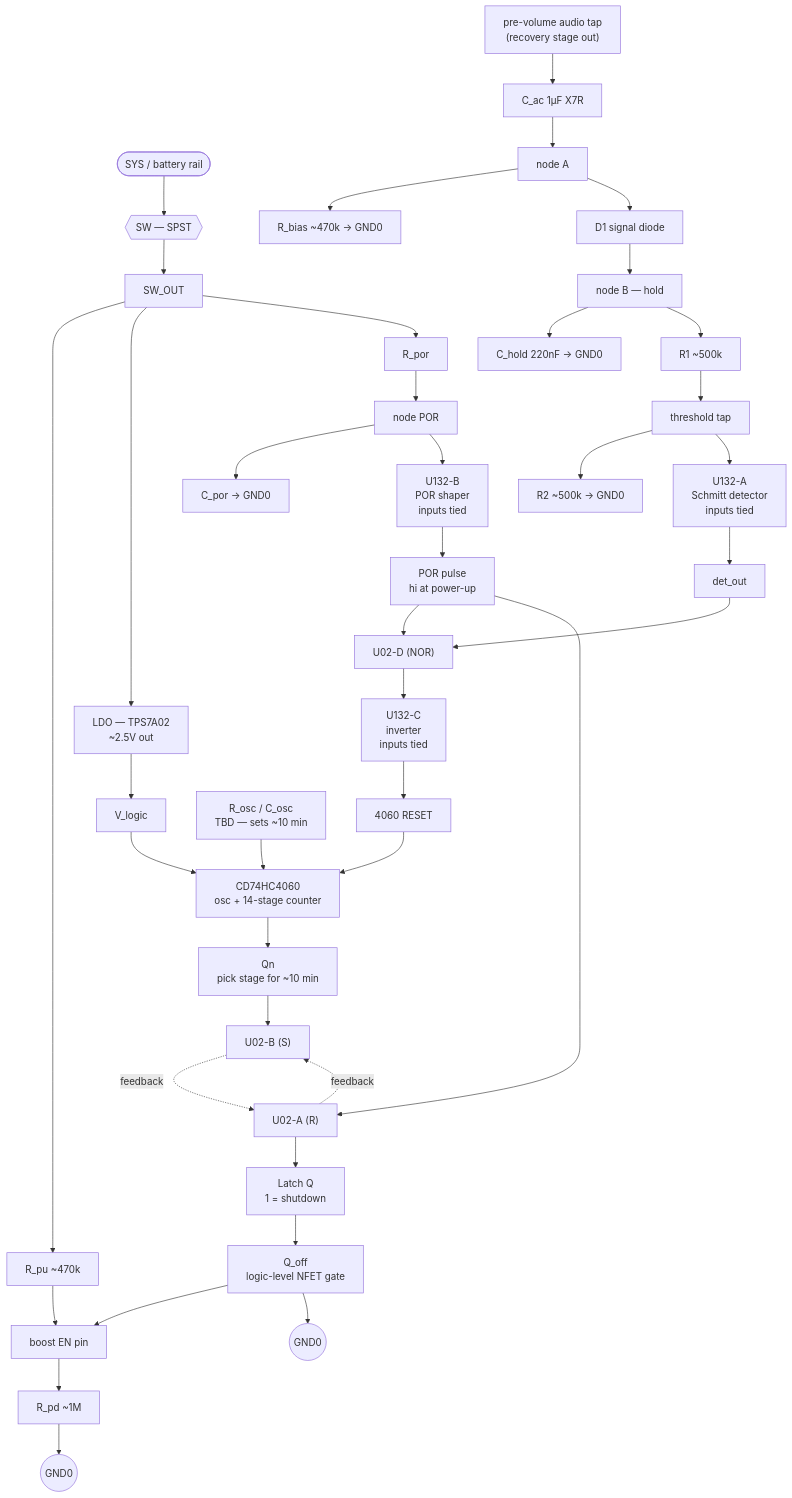
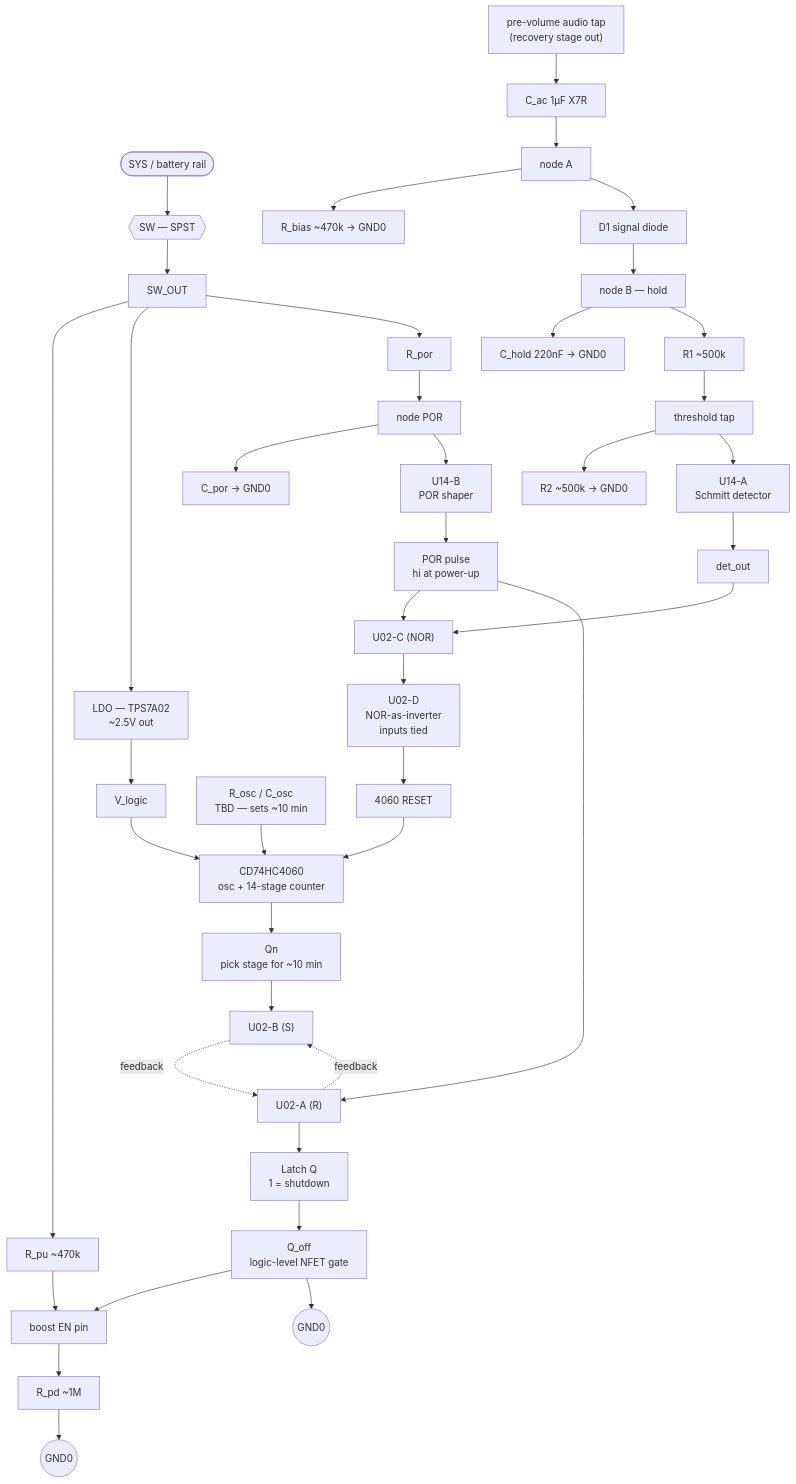
One commit to DSeabra/headphone_amp changed the third of 3 diagrams in notes/Guitar Headphone Amp/Guitar-Headphone-Amp-Theory-of-Operation.md. Above: the diagram before and after it, drawn with Mermaid. The commit also changed other lines of this file and 6 other files, not shown here.

````diff
--- a/notes/Guitar Headphone Amp/Guitar-Headphone-Amp-Theory-of-Operation.md
+++ b/notes/Guitar Headphone Amp/Guitar-Headphone-Amp-Theory-of-Operation.md
@@ -280,52 +286,52 @@
 ```mermaid
 flowchart TB
     SYS(["SYS / battery rail"]) --> SW{{"SW — SPST"}}
     SW --> SWOUT["SW_OUT"]
 
     SWOUT --> RPU["R_pu ~470k"]
     RPU --> EN["boost EN pin"]
     EN --> RPD["R_pd ~1M"]
     RPD --> GND1(("GND0"))
 
     SWOUT --> LDO["LDO — TPS7A02<br/>~2.5V out"]
     LDO --> VLOGIC["V_logic"]
 
     TAP["pre-volume audio tap<br/>(recovery stage out)"] --> CAC["C_ac 1µF X7R"]
     CAC --> NA["node A"]
     NA --> RBIAS["R_bias ~470k → GND0"]
     NA --> D1["D1 signal diode"]
     D1 --> NB["node B — hold"]
     NB --> CHOLD["C_hold 220nF → GND0"]
     NB --> R1["R1 ~500k"]
     R1 --> TAPNODE["threshold tap"]
     TAPNODE --> R2["R2 ~500k → GND0"]
 
-    TAPNODE --> U132A["U132-A<br/>Schmitt detector<br/>inputs tied"]
-    U132A --> DETOUT["det_out"]
+    TAPNODE --> U14A["U14-A<br/>Schmitt detector"]
+    U14A --> DETOUT["det_out"]
 
     SWOUT --> RPOR["R_por"]
     RPOR --> NPOR["node POR"]
     NPOR --> CPOR["C_por → GND0"]
-    NPOR --> U132B["U132-B<br/>POR shaper<br/>inputs tied"]
-    U132B --> PORPULSE["POR pulse<br/>hi at power-up"]
+    NPOR --> U14B["U14-B<br/>POR shaper"]
+    U14B --> PORPULSE["POR pulse<br/>hi at power-up"]
 
-    DETOUT --> ORNOR["U02-D (NOR)"]
-    PORPULSE --> ORNOR
-    ORNOR --> U132C["U132-C<br/>inverter<br/>inputs tied"]
-    U132C --> RST4060["4060 RESET"]
+    DETOUT --> U02C["U02-C (NOR)"]
+    PORPULSE --> U02C
+    U02C --> U02D["U02-D<br/>NOR-as-inverter<br/>inputs tied"]
+    U02D --> RST4060["4060 RESET"]
 
     OSC["R_osc / C_osc<br/>TBD — sets ~10 min"] --> U4060["CD74HC4060<br/>osc + 14-stage counter"]
     VLOGIC --> U4060
     RST4060 --> U4060
     U4060 --> QN["Qn<br/>pick stage for ~10 min"]
 
     QN --> U02B["U02-B (S)"]
     PORPULSE --> U02A["U02-A (R)"]
     U02A --> LQ["Latch Q<br/>1 = shutdown"]
     U02A -.feedback.-> U02B
     U02B -.feedback.-> U02A
 
     LQ --> QOFF["Q_off<br/>logic-level NFET gate"]
     QOFF --> EN
     QOFF --> GND2(("GND0"))
 ```
````
